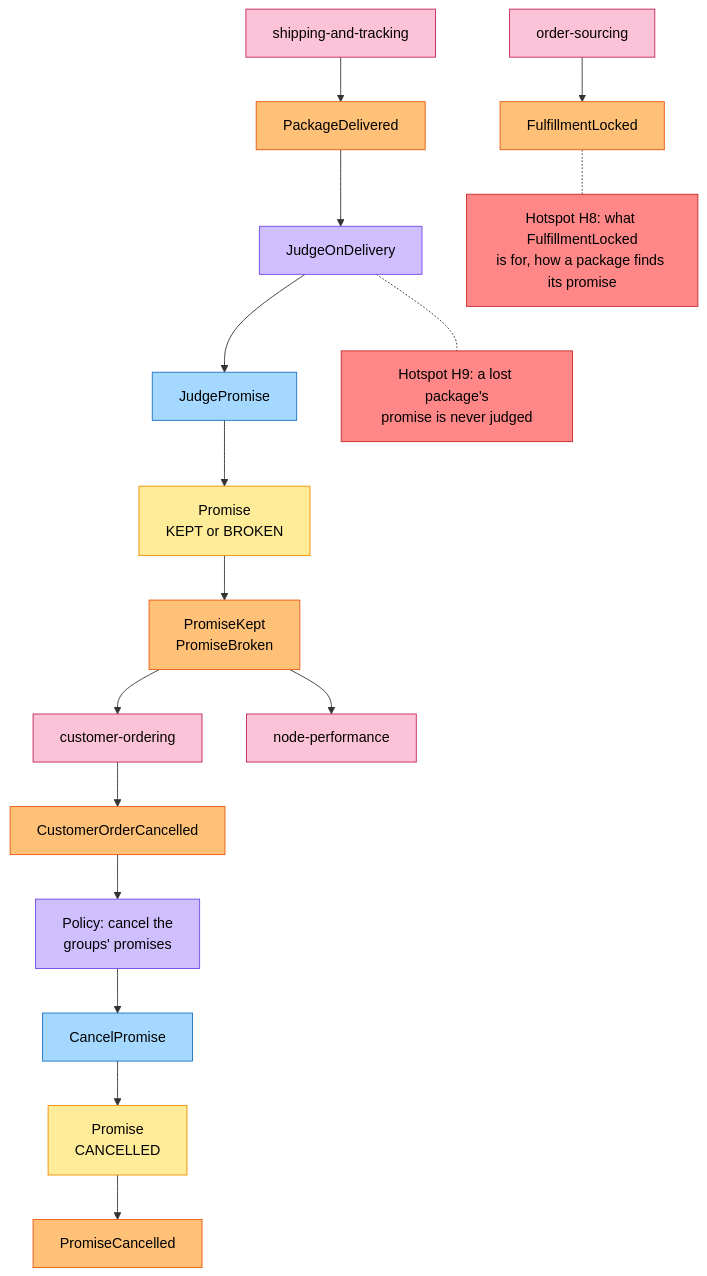
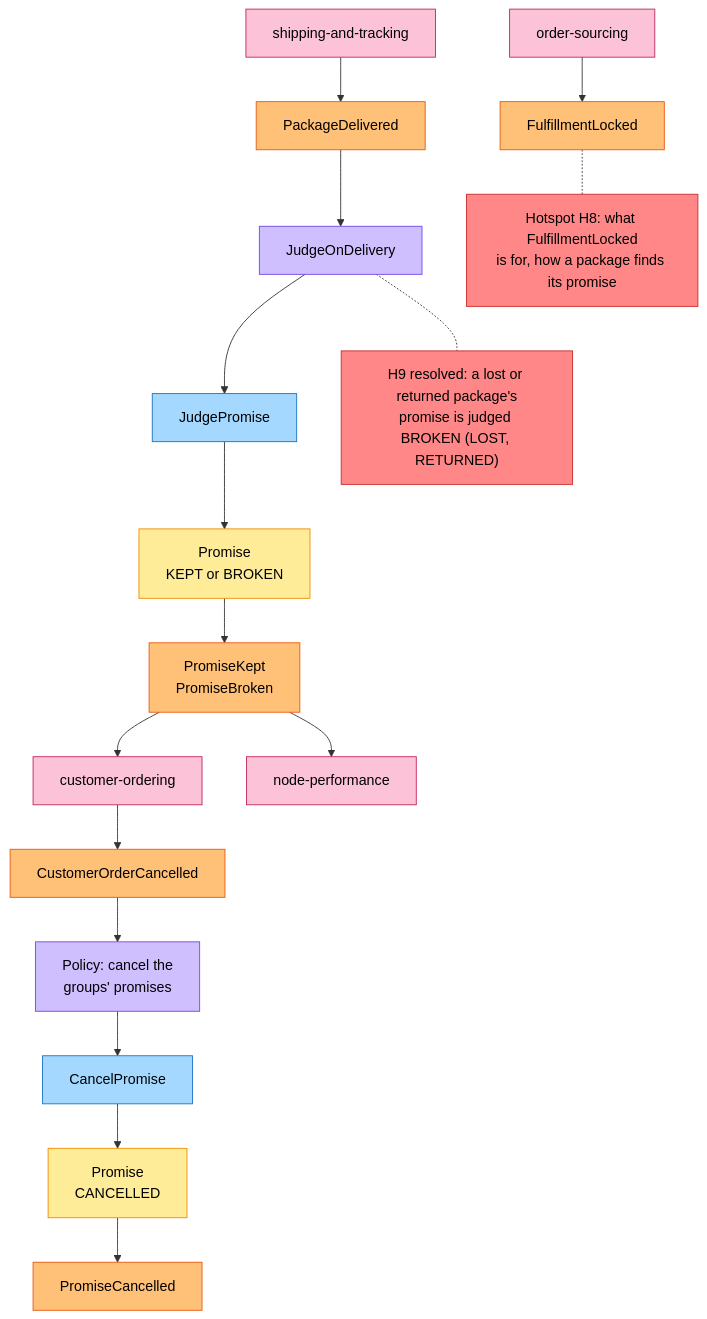
The seventh of 7 diagrams in network/docs/contexts/delivery-promise/eventstorming.md (IQVO/warehouse-docs), drawn with Mermaid before and after one commit. The commit also changed other lines of this file and 5 other files, not shown here.

Commit message:
docs(network): delivery-promise pack and model follow the repo (lapsed confirm group, lost/returned judged, WAVE_CANCELLED)

````diff
--- a/network/docs/contexts/delivery-promise/eventstorming.md
+++ b/network/docs/contexts/delivery-promise/eventstorming.md
@@ -320,42 +322,42 @@
 ```mermaid
 flowchart TB
     classDef command fill:#a5d8ff,stroke:#1971c2,color:#000
     classDef aggregate fill:#ffec99,stroke:#f08c00,color:#000
     classDef event fill:#ffc078,stroke:#e8590c,color:#000
     classDef policy fill:#d0bfff,stroke:#7048e8,color:#000
     classDef readmodel fill:#b2f2bb,stroke:#2f9e44,color:#000
     classDef external fill:#fcc2d7,stroke:#c2255c,color:#000
     classDef hotspot fill:#ff8787,stroke:#c92a2a,color:#000
     OS["order-sourcing"]:::external
     ST["shipping-and-tracking"]:::external
     CO["customer-ordering"]:::external
     E0["FulfillmentLocked"]:::event
     E1["PackageDelivered"]:::event
     P1["JudgeOnDelivery"]:::policy
     C1["JudgePromise"]:::command
     G1["Promise<br/>KEPT or BROKEN"]:::aggregate
     E2["PromiseKept<br/>PromiseBroken"]:::event
     NP["node-performance"]:::external
     E3["CustomerOrderCancelled"]:::event
     P2["Policy: cancel the<br/>groups' promises"]:::policy
     C2["CancelPromise"]:::command
     G2["Promise<br/>CANCELLED"]:::aggregate
     E4["PromiseCancelled"]:::event
     H8["Hotspot H8: what FulfillmentLocked<br/>is for, how a package finds its promise"]:::hotspot
-    H9["Hotspot H9: a lost package's<br/>promise is never judged"]:::hotspot
+    H9["H9 resolved: a lost or returned package's<br/>promise is judged BROKEN (LOST, RETURNED)"]:::hotspot
     OS --> E0
     ST --> E1
     E1 --> P1
     P1 --> C1
     C1 --> G1
     G1 --> E2
     E2 --> NP
     E2 --> CO
     CO --> E3
     E3 --> P2
     P2 --> C2
     C2 --> G2
     G2 --> E4
     E0 -.- H8
     P1 -.- H9
 ```
````
